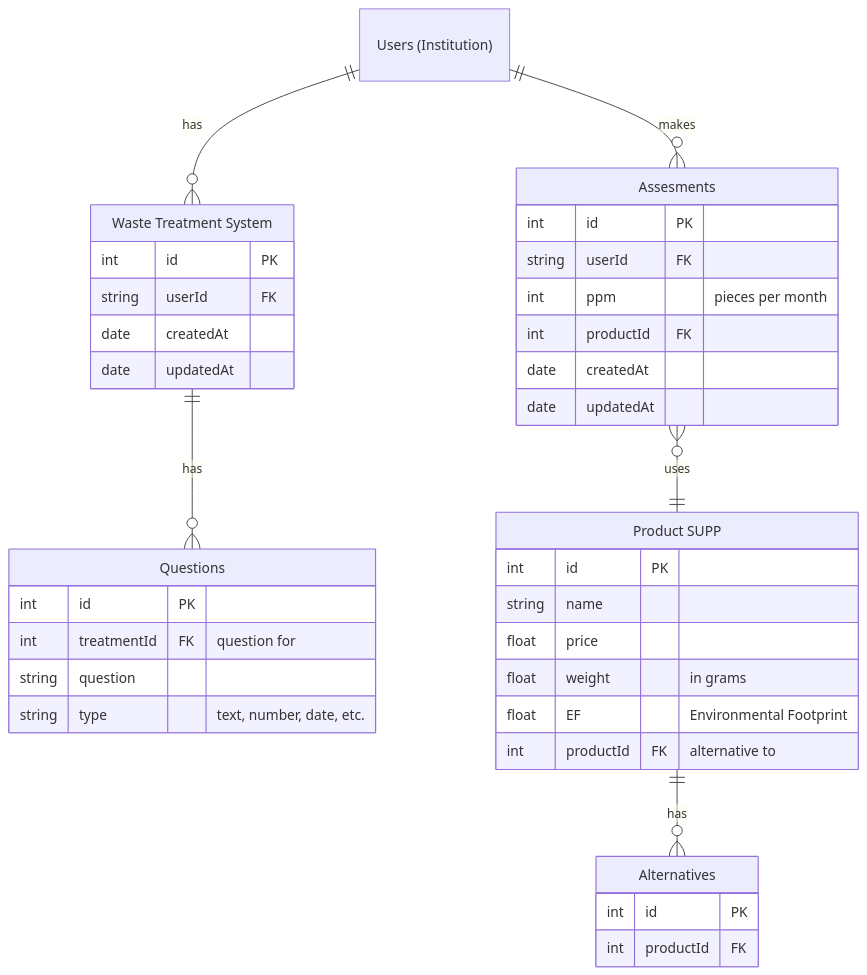
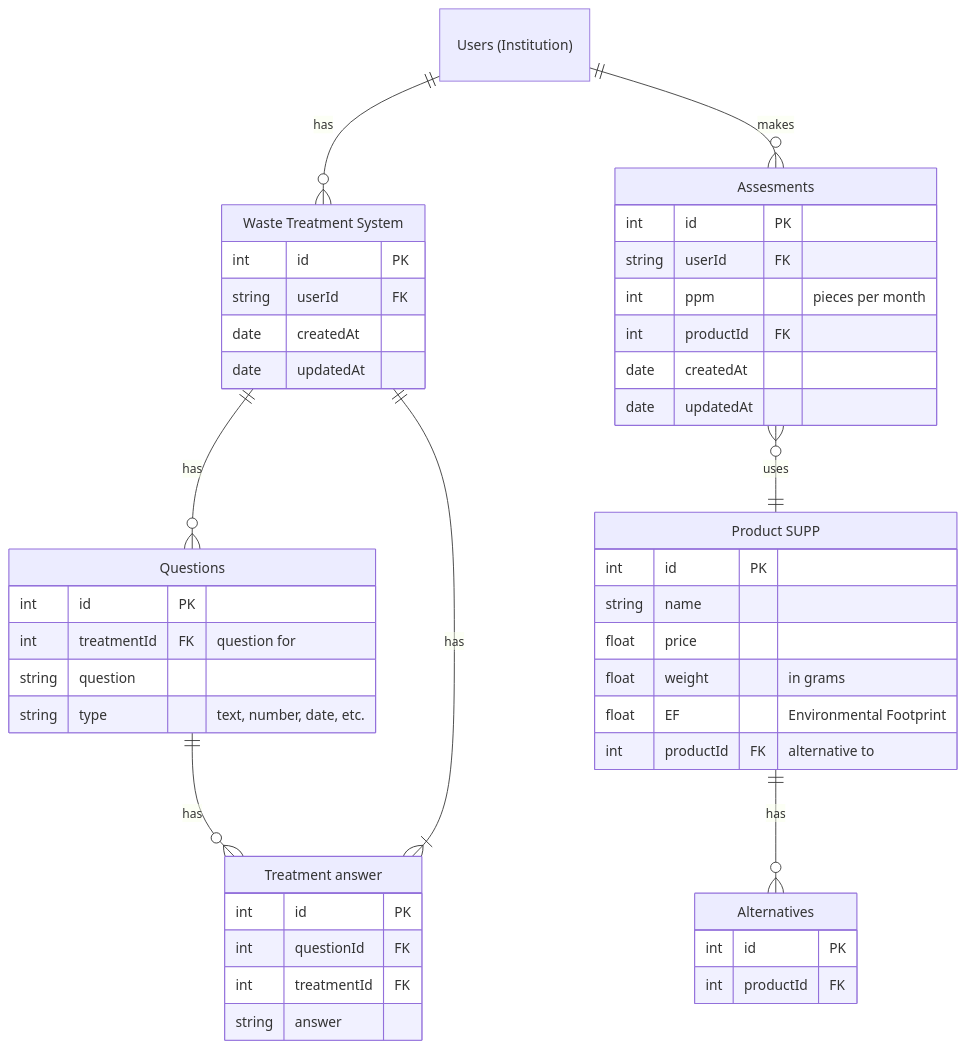
The diagram in backend/README.md (SimonStnn/BEMED), drawn with Mermaid before and after one commit.

Commit message:
Update UML

````diff
--- a/backend/README.md
+++ b/backend/README.md
@@ -5,47 +5,56 @@
 ```mermaid
 erDiagram
 users["Users (Institution)"] {}
 
 treatments["Waste Treatment System"] {
     int id PK
     string userId FK
     date createdAt
     date updatedAt
 }
 
 questions["Questions"] {
     int id PK
     int treatmentId FK "question for"
     string question
     string type "text, number, date, etc."
+}
+
+answer["Treatment answer"] {
+    int id PK
+    int questionId FK
+    int treatmentId FK
+    string answer
 }
 
 assesments["Assesments"] {
     int id PK
     string userId FK
     int ppm "pieces per month"
     int productId FK
     date createdAt
     date updatedAt
 }
 
 products["Product SUPP"] {
     int id PK
     string name
     float price 
     float weight "in grams"
     float EF "Environmental Footprint"
     int productId FK "alternative to"
 }
 
 alternatives["Alternatives"] {
     int id PK
     int productId FK
 }
 
+users ||--o{ treatments : "has"
 treatments ||--o{ questions : "has"
-users ||--o{ treatments : "has"
+questions ||--o{ answer : "has"
+treatments ||-- |{ answer : "has"
 users ||--o{   assesments : "makes"
 products ||--o{ alternatives : "has"
 assesments }o--|| products : "uses"
 ```
````
